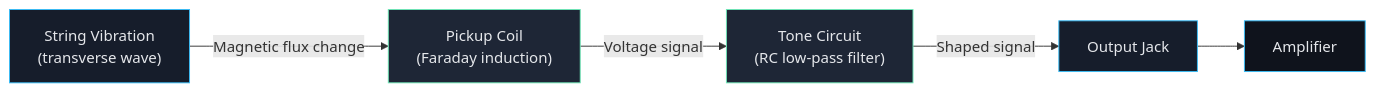
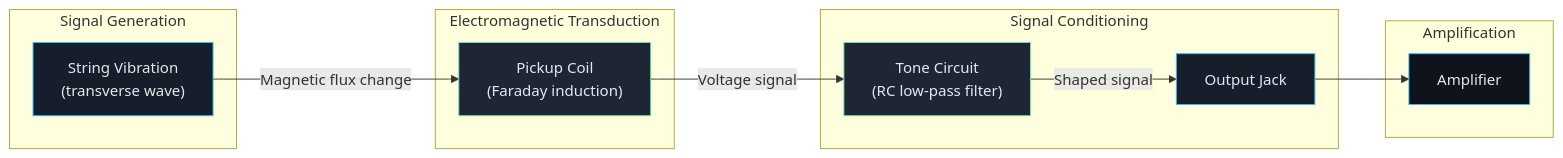
The first of 5 diagrams in topics/arts/music_performance/strings/labs.md (blebleblee/synapse), drawn with Mermaid before and after one commit. The commit also changed other lines of this file and 4 other files, not shown here.

````diff
--- a/topics/arts/music_performance/strings/labs.md
+++ b/topics/arts/music_performance/strings/labs.md
@@ -138,13 +247,27 @@
 ```mermaid
 graph LR
-    A["String Vibration<br/>(transverse wave)"] -->|"Magnetic flux change"| B["Pickup Coil<br/>(Faraday induction)"]
-    B -->|"Voltage signal"| C["Tone Circuit<br/>(RC low-pass filter)"]
-    C -->|"Shaped signal"| D["Output Jack"]
-    D --> E["Amplifier"]
+    subgraph sub_signal ["Signal Generation"]
+        A["String Vibration<br/>(transverse wave)"]
+    end
+    subgraph sub_pickup ["Electromagnetic Transduction"]
+        B["Pickup Coil<br/>(Faraday induction)"]
+    end
+    subgraph sub_shaping ["Signal Conditioning"]
+        C["Tone Circuit<br/>(RC low-pass filter)"]
+        D["Output Jack"]
+    end
+    subgraph sub_amplification ["Amplification"]
+        E["Amplifier"]
+    end
+    
+    A -->|"Magnetic flux change"| B
+    B -->|"Voltage signal"| C
+    C -->|"Shaped signal"| D
+    D --> E
     
     style A fill:#161D2B,stroke:#38BDF8,color:#E5E7EB
     style B fill:#1E2636,stroke:#6EE7B7,color:#E5E7EB
     style C fill:#1E2636,stroke:#6EE7B7,color:#E5E7EB
     style D fill:#161D2B,stroke:#38BDF8,color:#E5E7EB
     style E fill:#0F131C,stroke:#38BDF8,color:#E5E7EB
 ```
````
